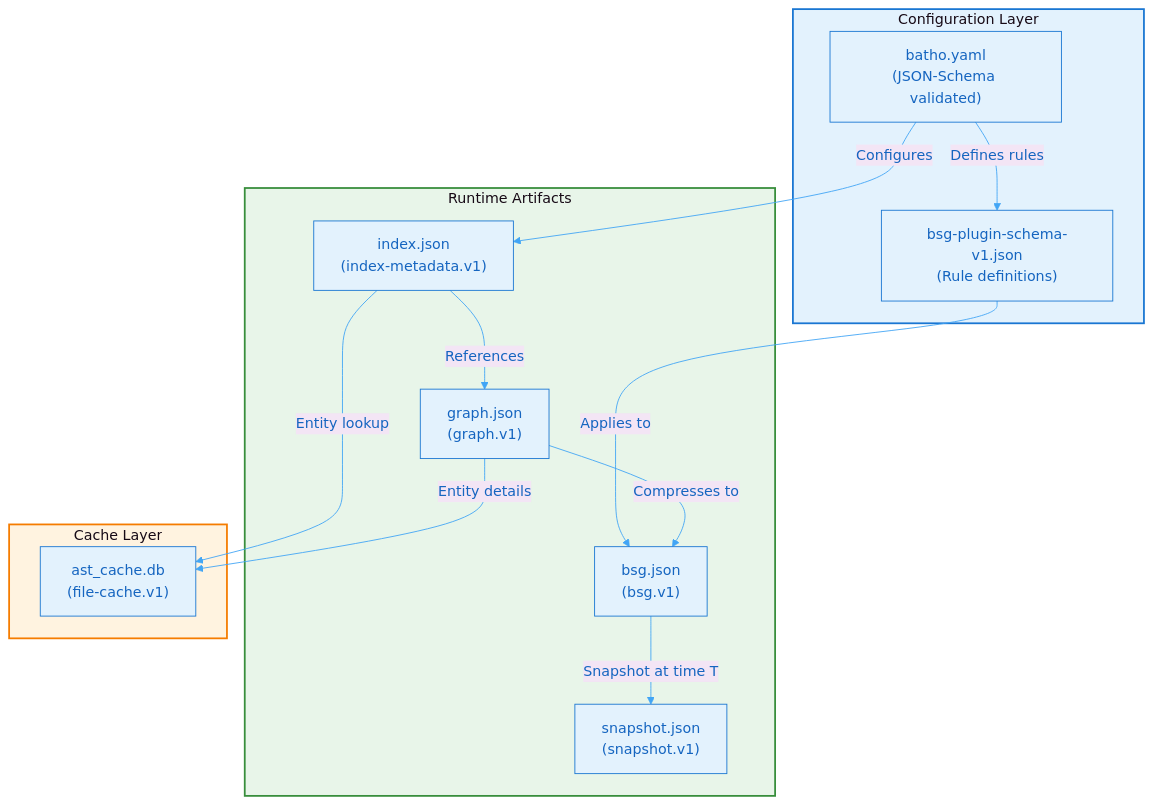
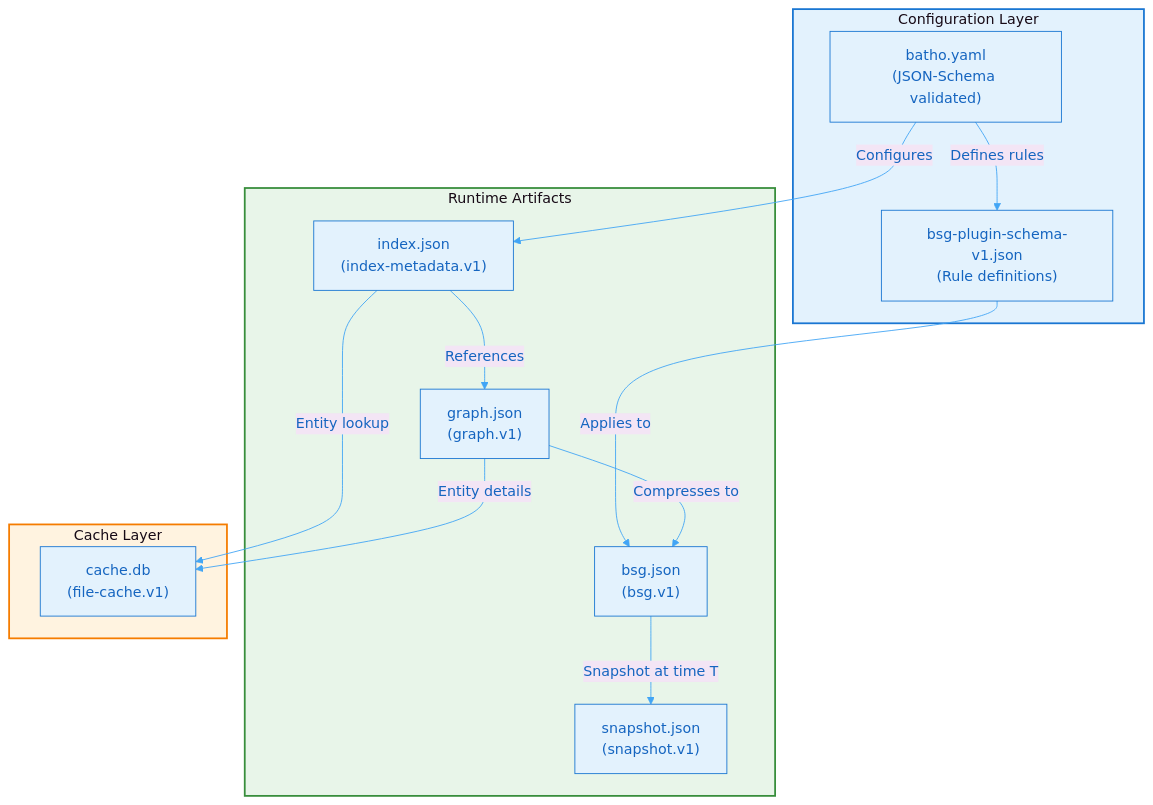
The diagram in docs-site/docs/whitepaper/appendix.md (sageoz/Batho), drawn with Mermaid before and after one commit. The commit also changed other lines of this file and 4 other files, not shown here.

````diff
--- a/docs-site/docs/whitepaper/appendix.md
+++ b/docs-site/docs/whitepaper/appendix.md
@@ -22,32 +22,32 @@
 ```mermaid
 %%{init: {'theme': 'base', 'themeVariables': { 'primaryColor': '#e3f2fd', 'primaryTextColor': '#1565c0', 'primaryBorderColor': '#1976d2', 'lineColor': '#42a5f5', 'secondaryColor': '#f3e5f5', 'tertiaryColor': '#e8f5e9'}}}%%
 flowchart TB
     subgraph Config["Configuration Layer"]
         BATHO_YAML["batho.yaml<br/>(JSON-Schema validated)"]
         PLUGIN_SCHEMA["bsg-plugin-schema-v1.json<br/>(Rule definitions)"]
     end
 
     subgraph Runtime["Runtime Artifacts"]
         IDX["index.json<br/>(index-metadata.v1)"]
         GRAPH["graph.json<br/>(graph.v1)"]
         BSG["bsg.json<br/>(bsg.v1)"]
         SNAP["snapshot.json<br/>(snapshot.v1)"]
     end
 
     subgraph Cache["Cache Layer"]
-        AST_DB["ast_cache.db<br/>(file-cache.v1)"]
+        AST_DB["cache.db<br/>(file-cache.v1)"]
     end
 
     BATHO_YAML -->|"Configures"| IDX
     BATHO_YAML -->|"Defines rules"| PLUGIN_SCHEMA
     PLUGIN_SCHEMA -->|"Applies to"| BSG
     IDX -->|"References"| GRAPH
     GRAPH -->|"Compresses to"| BSG
     BSG -->|"Snapshot at time T"| SNAP
     IDX -->|"Entity lookup"| AST_DB
     GRAPH -->|"Entity details"| AST_DB
 
     style Config fill:#e3f2fd,stroke:#1976d2,stroke-width:2px
     style Runtime fill:#e8f5e9,stroke:#388e3c,stroke-width:2px
     style Cache fill:#fff3e0,stroke:#f57c00,stroke-width:2px
 ```
````
